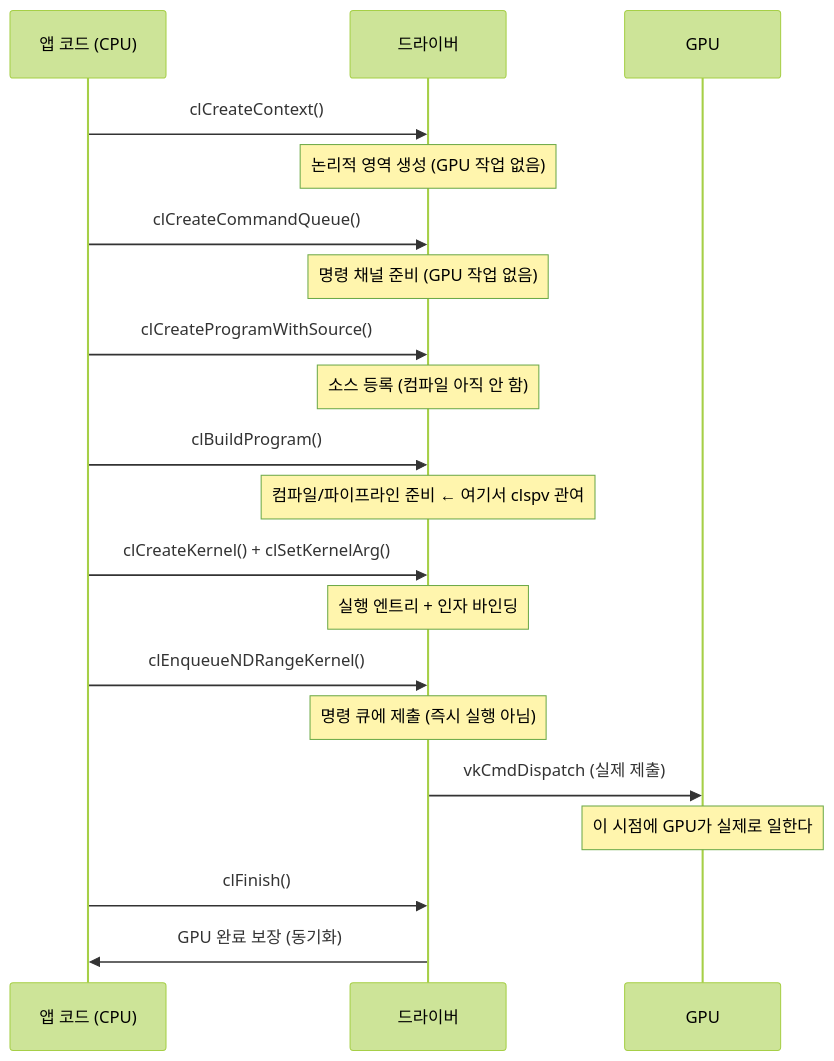
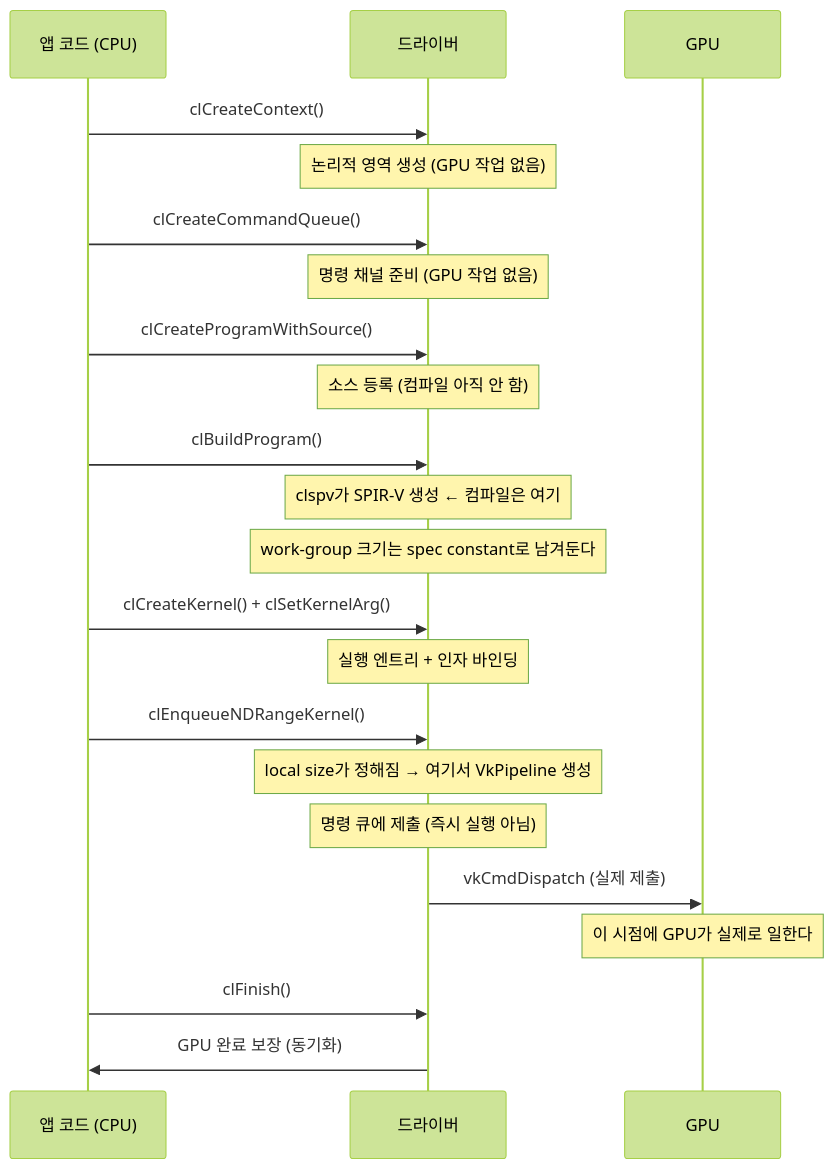
Before and after one commit to jayinlab/jayinlab.github.io: the diagram in content/posts/2026-04-13-opencl-note-lifecycle.md, drawn with Mermaid (forest theme). The commit also changed other lines of this file and 12 other files, not shown here.

````diff
--- a/content/posts/2026-04-13-opencl-note-lifecycle.md
+++ b/content/posts/2026-04-13-opencl-note-lifecycle.md
@@ -24,29 +24,31 @@
 ```mermaid
 sequenceDiagram
     participant App as 앱 코드 (CPU)
     participant Driver as 드라이버
     participant GPU
 
     App->>Driver: clCreateContext()
     Note over Driver: 논리적 영역 생성 (GPU 작업 없음)
 
     App->>Driver: clCreateCommandQueue()
     Note over Driver: 명령 채널 준비 (GPU 작업 없음)
 
     App->>Driver: clCreateProgramWithSource()
     Note over Driver: 소스 등록 (컴파일 아직 안 함)
 
     App->>Driver: clBuildProgram()
-    Note over Driver: 컴파일/파이프라인 준비 ← 여기서 clspv 관여
+    Note over Driver: clspv가 SPIR-V 생성 ← 컴파일은 여기
+    Note over Driver: work-group 크기는 spec constant로 남겨둔다
 
     App->>Driver: clCreateKernel() + clSetKernelArg()
     Note over Driver: 실행 엔트리 + 인자 바인딩
 
     App->>Driver: clEnqueueNDRangeKernel()
+    Note over Driver: local size가 정해짐 → 여기서 VkPipeline 생성
     Note over Driver: 명령 큐에 제출 (즉시 실행 아님)
     Driver->>GPU: vkCmdDispatch (실제 제출)
     Note over GPU: 이 시점에 GPU가 실제로 일한다
 
     App->>Driver: clFinish()
     Driver->>App: GPU 완료 보장 (동기화)
 ```
````
